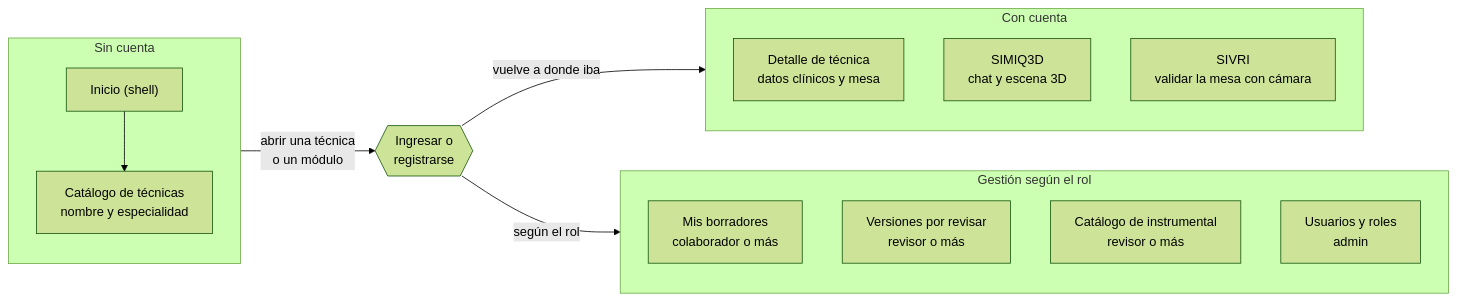
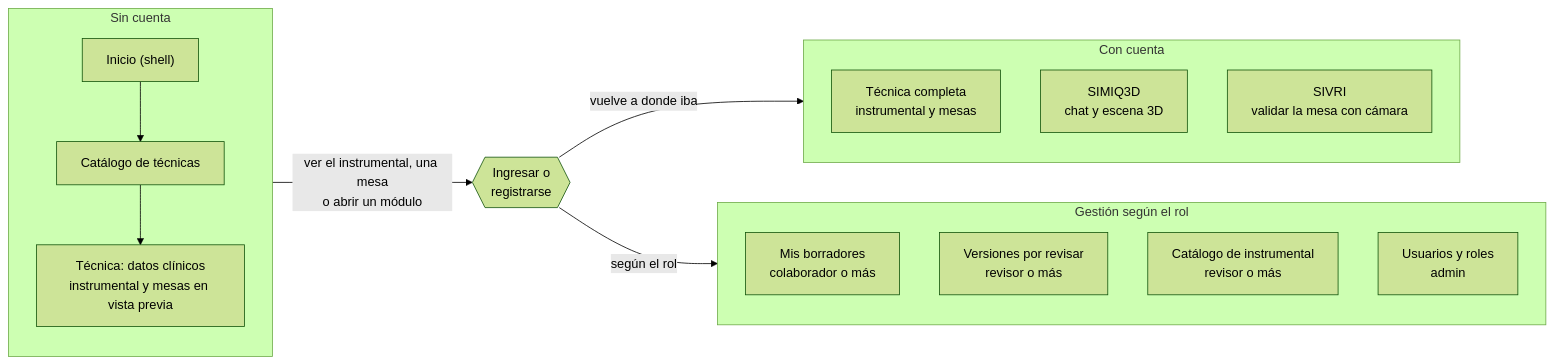
Before and after one commit to curn-iq/iq-platform: the second of 5 diagrams in docs/flujos.md, drawn with Mermaid (forest theme). The commit also changed other lines of this file and 10 other files, not shown here.

First line of the commit message:
feat(diseno): abrir los datos clínicos sin cuenta

````diff
--- a/docs/flujos.md
+++ b/docs/flujos.md
@@ -49,28 +51,29 @@
 ```mermaid
 flowchart LR
     subgraph Publico["Sin cuenta"]
         direction TB
-        Inicio["Inicio (shell)"] --> Catalogo["Catálogo de técnicas<br/>nombre y especialidad"]
+        Inicio["Inicio (shell)"] --> Catalogo["Catálogo de técnicas"]
+        Catalogo --> Clinicos["Técnica: datos clínicos<br/>instrumental y mesas en vista previa"]
     end
 
     Puerta{{"Ingresar o<br/>registrarse"}}
 
     subgraph Cuenta["Con cuenta"]
         direction TB
-        Detalle["Detalle de técnica<br/>datos clínicos y mesa"]
+        Detalle["Técnica completa<br/>instrumental y mesas"]
         SIMIQ3D["SIMIQ3D<br/>chat y escena 3D"]
         SIVRI["SIVRI<br/>validar la mesa con cámara"]
     end
 
     subgraph Gestion["Gestión según el rol"]
         direction TB
         Borradores["Mis borradores<br/>colaborador o más"]
         Revision["Versiones por revisar<br/>revisor o más"]
         Instrumental["Catálogo de instrumental<br/>revisor o más"]
         Usuarios["Usuarios y roles<br/>admin"]
     end
 
-    Publico -->|abrir una técnica<br/>o un módulo| Puerta
+    Publico -->|ver el instrumental, una mesa<br/>o abrir un módulo| Puerta
     Puerta -->|vuelve a donde iba| Cuenta
     Puerta -->|según el rol| Gestion
 ```
````
